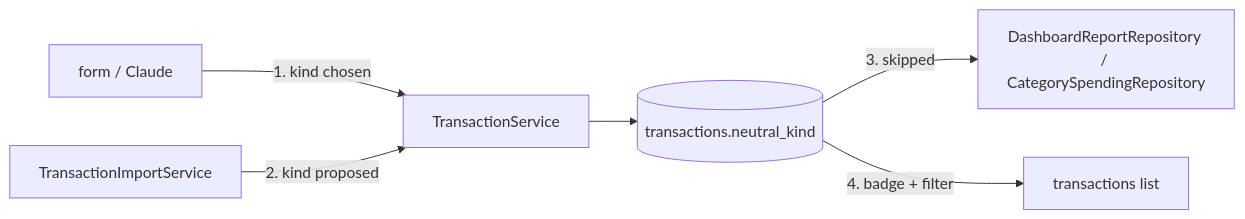
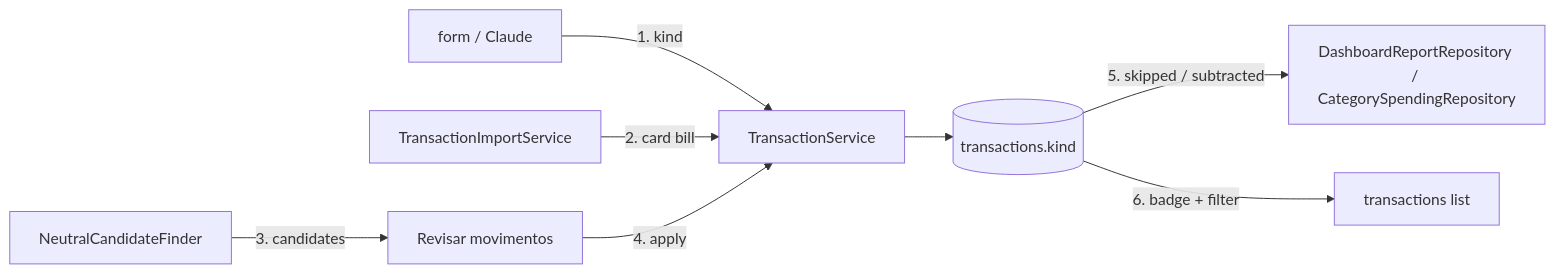
One commit to lcsmrt/findraco changed the first of 2 diagrams in .specs/features/neutral-movements/plan.md. Above: the diagram before and after it, drawn with Mermaid. The commit also changed other lines of this file and 1 other file, not shown here.

First line of the commit message:
docs(specs): plan and checks for neutral movements

````diff
--- a/.specs/features/neutral-movements/plan.md
+++ b/.specs/features/neutral-movements/plan.md
@@ -37,8 +43,10 @@
 ```mermaid
 flowchart LR
-    F[form / Claude] -->|1. kind chosen| S[TransactionService]
-    I[TransactionImportService] -->|2. kind proposed| S
-    S --> D[(transactions.neutral_kind)]
-    D -->|3. skipped| A[DashboardReportRepository / CategorySpendingRepository]
-    D -->|4. badge + filter| L[transactions list]
+    F[form / Claude] -->|1. kind| S[TransactionService]
+    I[TransactionImportService] -->|2. card bill| S
+    C[NeutralCandidateFinder] -->|3. candidates| R[Revisar movimentos]
+    R -->|4. apply| S
+    S --> D[(transactions.kind)]
+    D -->|5. skipped / subtracted| A[DashboardReportRepository / CategorySpendingRepository]
+    D -->|6. badge + filter| L[transactions list]
 ```
````
